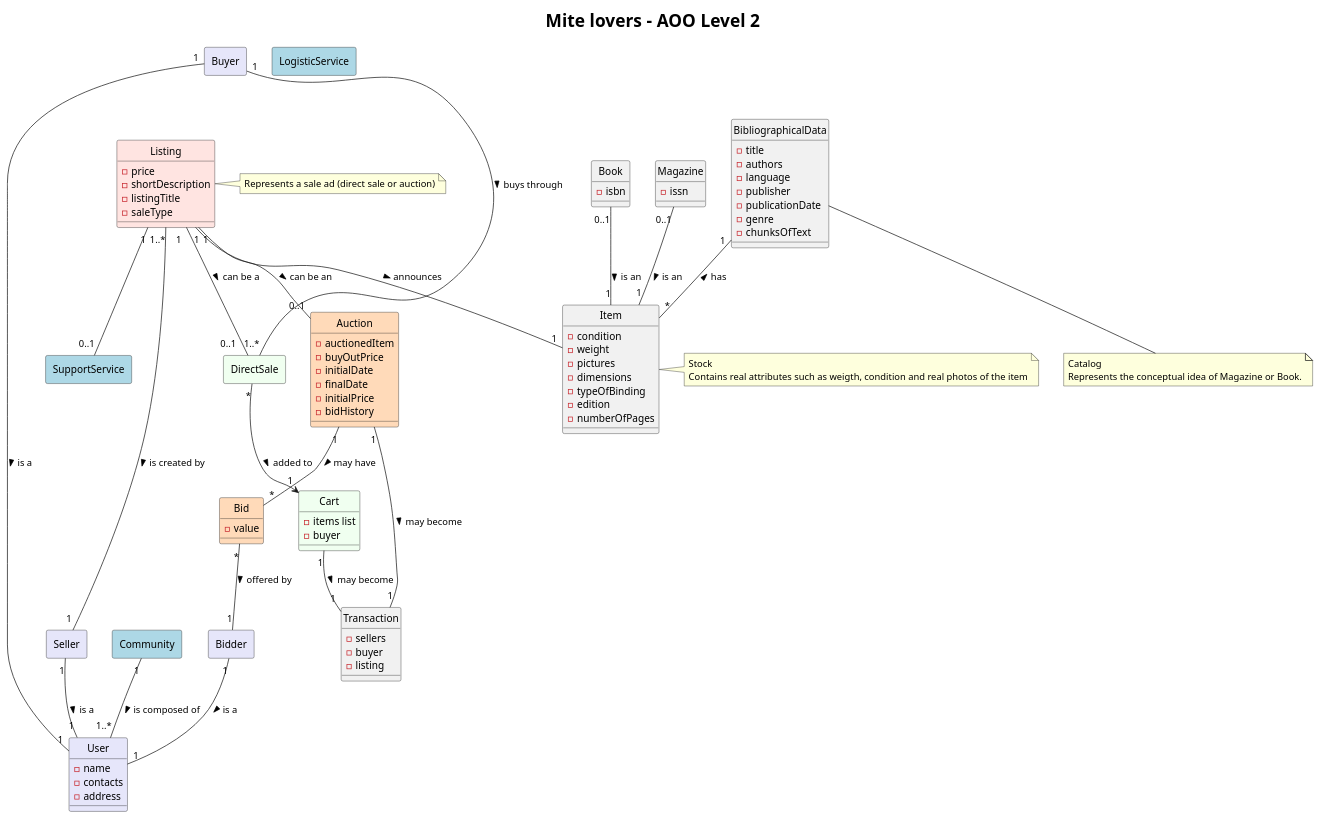
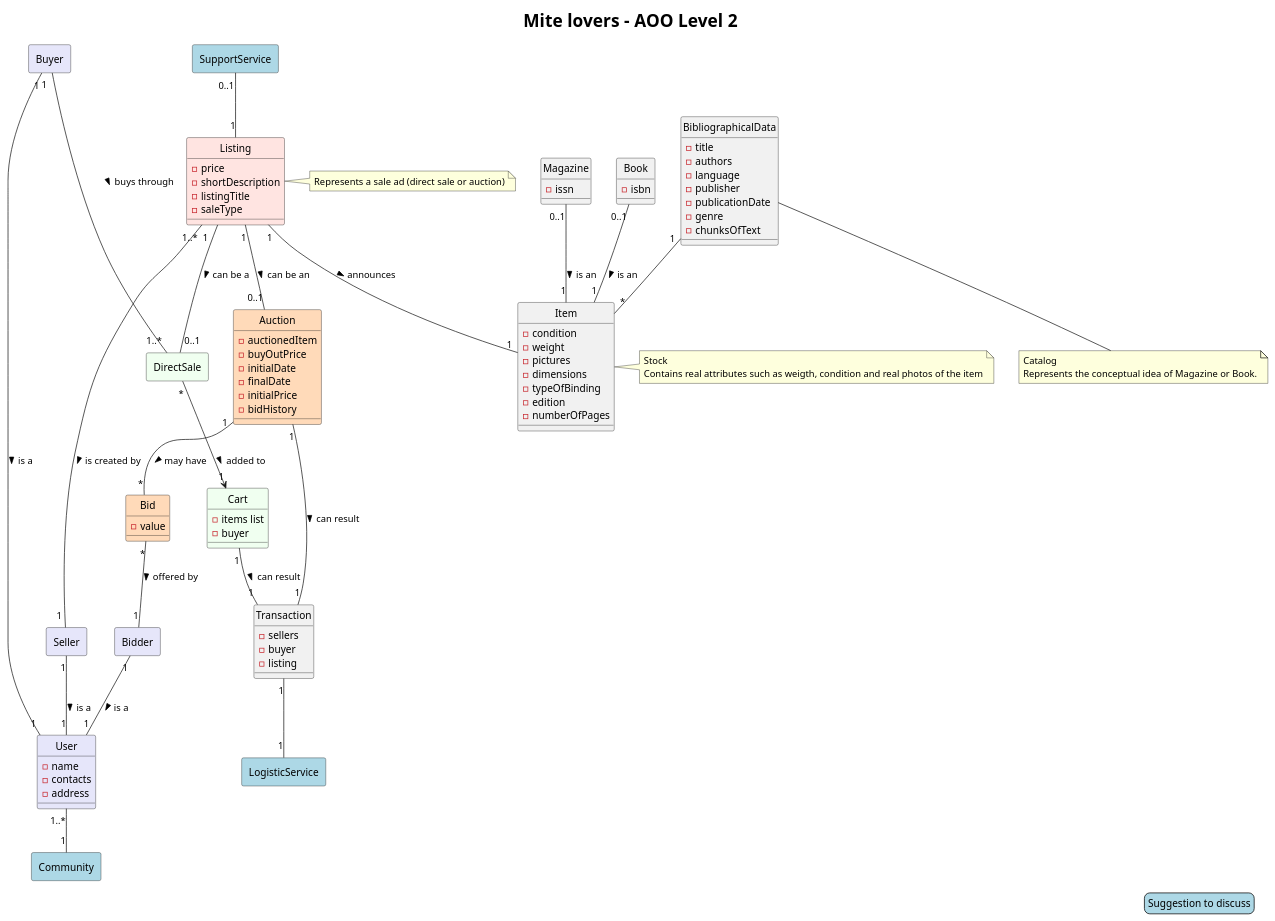
One commit to davidmarqq/MainProject_SWitCH changed the diagram in DomainModel/AOO_Level2.puml. Above: the diagram before and after it, drawn with PlantUML. The commit also changed 2 other files, not shown here.

```diff
--- a/DomainModel/AOO_Level2.puml
+++ b/DomainModel/AOO_Level2.puml
@@ -1,143 +1,157 @@
 @startuml
 'https://plantuml.com/class-diagram
 hide circle
 title Mite lovers - AOO Level 2
 skinparam title {
   FontSize 24
 }
 
+skinparam legend {
+  BackgroundColor LightBlue
+  FontSize 14
+}
+
+legend right
+ Suggestion to discuss
+end legend
+
 /' ------- Listing --------- '/
 
 Listing "1" -- "0..1" Auction : > can be an
 Listing "1   " -- "0..1   " DirectSale : > can be a
 Listing "1..*" -- "       1" Seller : > is created by
 Listing "1" -- "1" Item : > announces
 
-Listing "1" -- "0..1" SupportService
+
 
 /' ------- Product --------- '/
 together {
-Item "*" -- "1" BibliographicalData : > has
+
+
+Magazine "0..1" -- "1" Item : > is an
 Book "0..1" -- "1" Item : > is an
-Magazine "0..1" -- "1" Item : > is an
+BibliographicalData "1" -- "*" Item
+
 }
 /' ------- Direct Sale -------- '/
 
 Buyer "1  " --- "1..*" DirectSale : > buys through
-Cart "1" -- "1" Transaction : > may become
+Cart "1" -- "1" Transaction : > can result
 DirectSale "*" --> "1" Cart : > added to
 
 /' ------- Auction ------ '/
 together {
 Auction "1" -- "*" Bid : > may have
-Auction "1" -- "1" Transaction : > may become
+Auction "1" -- "1" Transaction : > can result
 Bid "*" -- "1" Bidder : > offered by
 }
 /' ------- Users -------- '/
 together {
 Bidder "1"-- "1" User : > is a
 Seller "1" -- "1" User : > is a
 Buyer "1" - "1" User : > is a
 }
 
 /' ----- Community -------'/
 
-Community "1" -- "1..*" User : > is composed of
+User "1..*" -- "1" Community
+Transaction "1" -- "1" LogisticService
+SupportService "0..1" -- "1" Listing
 
 /' ========== Concepts ============= '/
 
 object Listing #FFE4E1 {
     - price
     - shortDescription
     - listingTitle
     - saleType
 }
 object Auction #FFDAB9 {
     - auctionedItem
     - buyOutPrice
     - initialDate
     - finalDate
     - initialPrice
     - bidHistory
 }
 object Item {
     - condition
     - weight
     - pictures
     - dimensions
     - typeOfBinding
     - edition
     - numberOfPages
 }
 object BibliographicalData {
     - title
     - authors
     - language
     - publisher
     - publicationDate
     - genre
     - chunksOfText
 }
 
 object Bid #FFDAB9 {
     - value
 }
 object Cart #F0FFF0 {
     - items list
     - buyer
 }
 rectangle DirectSale #F0FFF0 {
 }
 object Transaction {
     - sellers
     - buyer
     - listing
 }
 object Book {
     - isbn
 }
 object Magazine{
     - issn
 }
 
 object User #E6E6FA {
     - name
     - contacts
     - address
 }
 rectangle Seller #E6E6FA {
 }
 rectangle Buyer #E6E6FA{
 }
 rectangle Bidder #E6E6FA{
 }
 rectangle SupportService #LightBlue {
 }
 rectangle Community #LightBlue {
 }
 rectangle LogisticService #LightBlue {
 }
 
 /' ========= Notes  ============ '/
 
 note as L
     Represents a sale ad (direct sale or auction)
     end note
 
 Listing -> L
 
 note as N
     Catalog
     Represents the conceptual idea of Magazine or Book.
     end note
 
-BibliographicalData --> N
+BibliographicalData -- N
 
 note as S
     Stock
     Contains real attributes such as weigth, condition and real photos of the item
     end note
 
 Item - S
 
 @enduml
```
